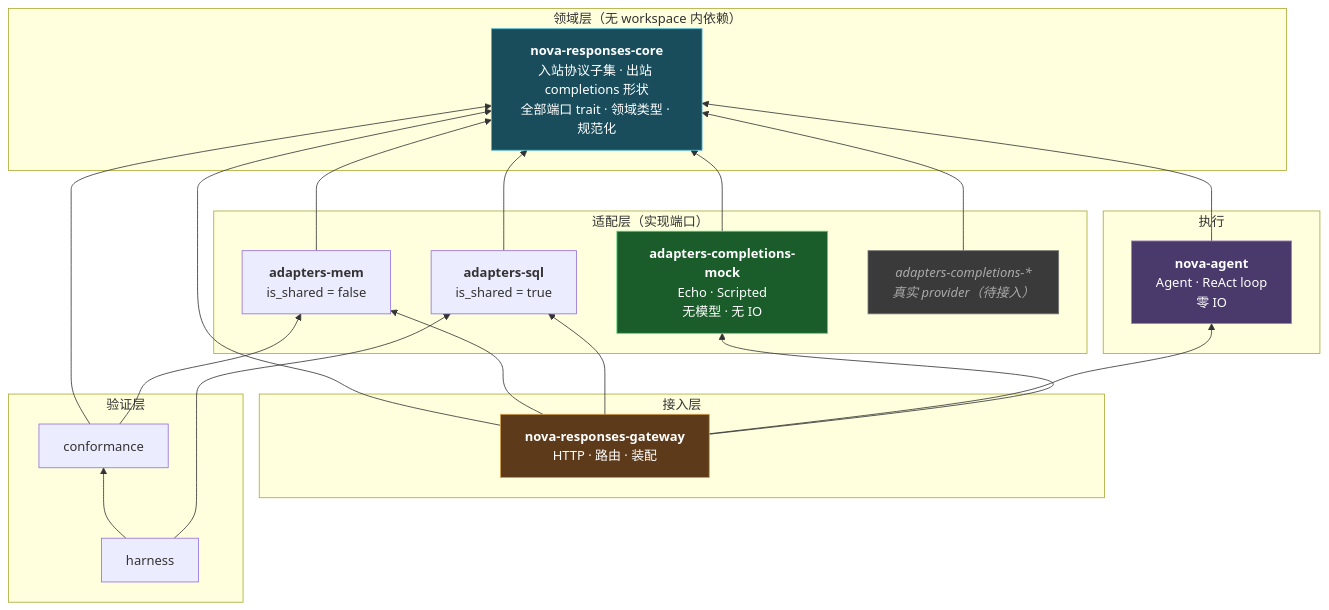
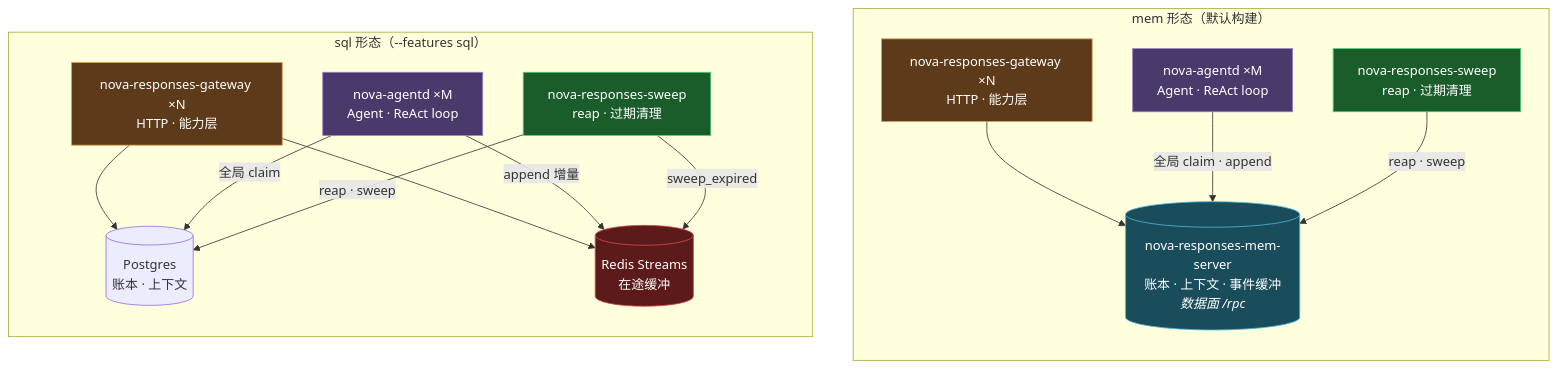
One commit to charleslyh/nova-chat changed the first of 9 diagrams in docs/design/00-architecture-review.md. Above: the diagram before and after it, drawn with Mermaid. The commit also changed other lines of this file and 91 other files, not shown here.

Commit message:
refactor(execution): decouple execution into nova-agentd and share the in-flight buffer, making verification topology match production

````diff
--- a/docs/design/00-architecture-review.md
+++ b/docs/design/00-architecture-review.md
@@ -26,47 +53,37 @@
 ```mermaid
-graph BT
-    subgraph L0["领域层（无 workspace 内依赖）"]
-        core["<b>nova-responses-core</b><br/>入站协议子集 · 出站 completions 形状<br/>全部端口 trait · 领域类型 · 规范化"]
+graph TB
+    subgraph MEM["mem 形态（默认构建）"]
+        direction TB
+        MG["nova-responses-gateway ×N<br/>HTTP · 能力层"]
+        MA["nova-agentd ×M<br/>Agent · ReAct loop"]
+        MS["nova-responses-sweep<br/>reap · 过期清理"]
+        MC[("nova-responses-mem-server<br/>账本 · 上下文 · 事件缓冲<br/><i>数据面 /rpc</i>")]
+        MG --> MC
+        MA -->|"全局 claim · append"| MC
+        MS -->|"reap · sweep"| MC
     end
 
-    subgraph L1["适配层（实现端口）"]
-        mem["<b>adapters-mem</b><br/>is_shared = false"]
-        sql["<b>adapters-sql</b><br/>is_shared = true"]
-        cmock["<b>adapters-completions-mock</b><br/>Echo · Scripted<br/>无模型 · 无 IO"]
-        cprov["<i>adapters-completions-*</i><br/><i>真实 provider（待接入）</i>"]
+    subgraph SQL["sql 形态（--features sql）"]
+        direction TB
+        SG["nova-responses-gateway ×N<br/>HTTP · 能力层"]
+        SA["nova-agentd ×M<br/>Agent · ReAct loop"]
+        SS["nova-responses-sweep<br/>reap · 过期清理"]
+        DB[("Postgres<br/>账本 · 上下文")]
+        RD[("Redis Streams<br/>在途缓冲")]
+        SG --> DB
+        SG --> RD
+        SA -->|"全局 claim"| DB
+        SA -->|"append 增量"| RD
+        SS -->|"reap · sweep"| DB
+        SS -->|"sweep_expired"| RD
     end
 
-    subgraph L2["执行"]
-        agent["<b>nova-agent</b><br/>Agent · ReAct loop<br/>零 IO"]
-    end
-
-    subgraph L3["接入层"]
-        gw["<b>nova-responses-gateway</b><br/>HTTP · 路由 · 装配"]
-    end
-
-    subgraph T["验证层"]
-        conf["conformance"]
-        harn["harness"]
-    end
-
-    mem --> core
-    sql --> core
-    cmock --> core
-    cprov --> core
-    agent --> core
-    gw --> core
-    gw --> mem
-    gw --> sql
-    conf --> core
-    conf --> mem
-    harn --> conf
-    harn --> sql
-    gw --> agent
-    gw --> cmock
-
-    style core fill:#1a4d5c,stroke:#4db8d4,color:#fff
-    style agent fill:#4a3a6b,stroke:#9b7fc7,color:#fff
-    style gw fill:#5c3a1a,stroke:#d4a04d,color:#fff
-    style cmock fill:#1a5c2a,stroke:#4dd47a,color:#fff
-    style cprov fill:#3a3a3a,stroke:#777,color:#aaa
+    style MG fill:#5c3a1a,stroke:#d4a04d,color:#fff
+    style SG fill:#5c3a1a,stroke:#d4a04d,color:#fff
+    style MA fill:#4a3a6b,stroke:#9b7fc7,color:#fff
+    style SA fill:#4a3a6b,stroke:#9b7fc7,color:#fff
+    style MS fill:#1a5c2a,stroke:#4dd47a,color:#fff
+    style SS fill:#1a5c2a,stroke:#4dd47a,color:#fff
+    style MC fill:#1a4d5c,stroke:#4db8d4,color:#fff
+    style RD fill:#5c1a1a,stroke:#d44d4d,color:#fff
 ```
````
